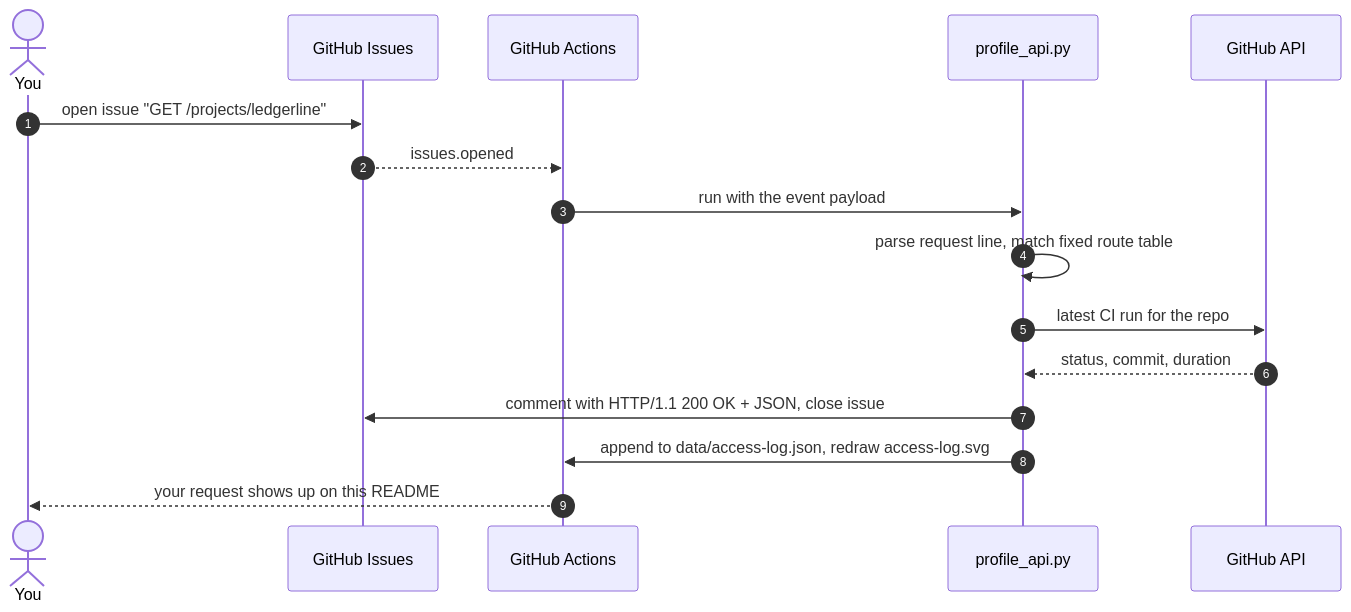
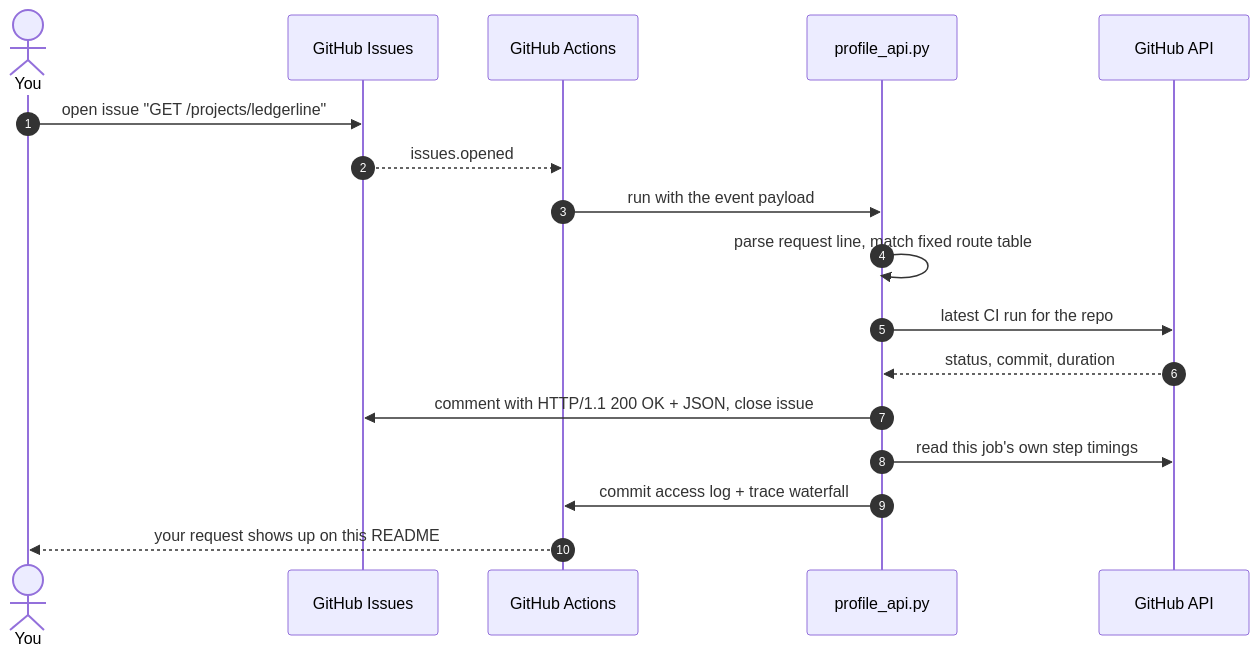
One commit to devnishantt/devnishantt changed the diagram in README.md. Above: the diagram before and after it, drawn with Mermaid. The commit also changed other lines of this file and 12 other files, not shown here.

````diff
--- a/README.md
+++ b/README.md
@@ -41,18 +58,19 @@
 ```mermaid
 sequenceDiagram
     autonumber
     actor You
     participant I as GitHub Issues
     participant A as GitHub Actions
     participant R as profile_api.py
     participant G as GitHub API
     You->>I: open issue "GET /projects/ledgerline"
     I-->>A: issues.opened
     A->>R: run with the event payload
     R->>R: parse request line, match fixed route table
     R->>G: latest CI run for the repo
     G-->>R: status, commit, duration
     R->>I: comment with HTTP/1.1 200 OK + JSON, close issue
-    R->>A: append to data/access-log.json, redraw access-log.svg
+    R->>G: read this job's own step timings
+    R->>A: commit access log + trace waterfall
     A-->>You: your request shows up on this README
 ```
````
